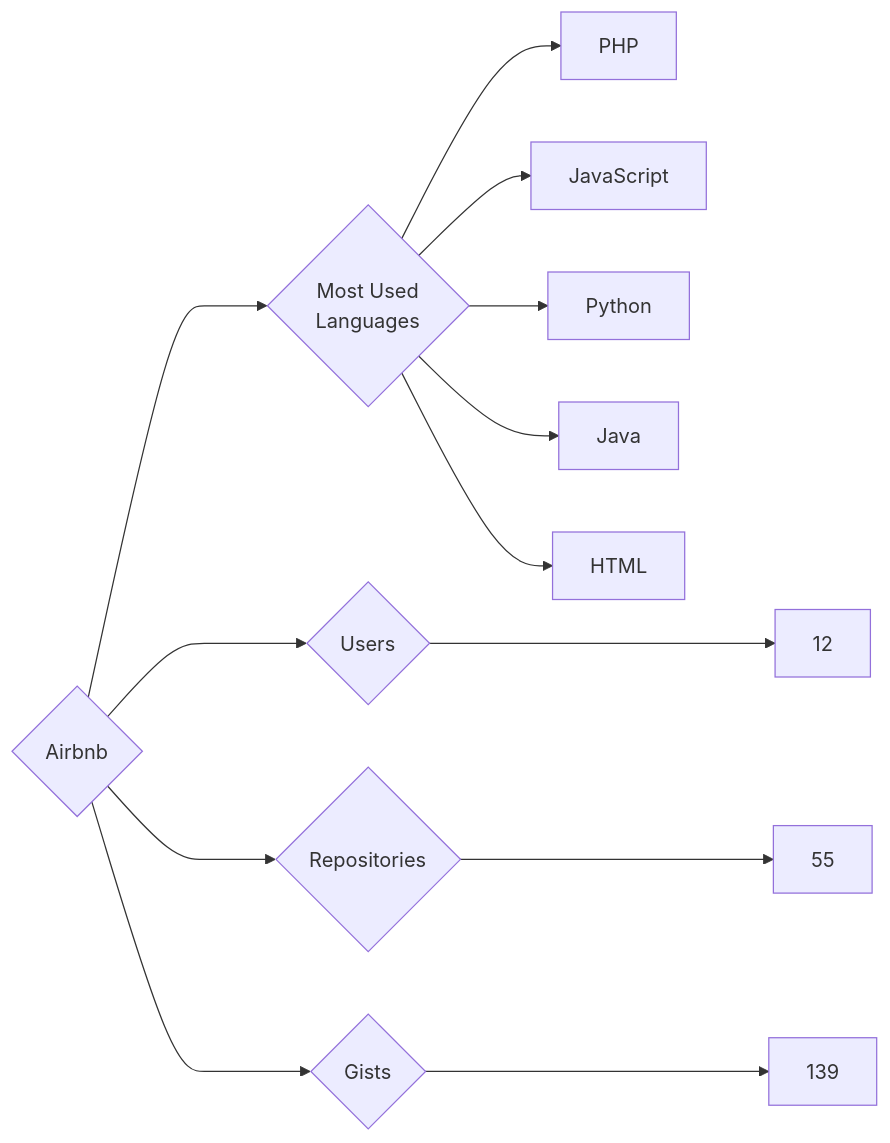
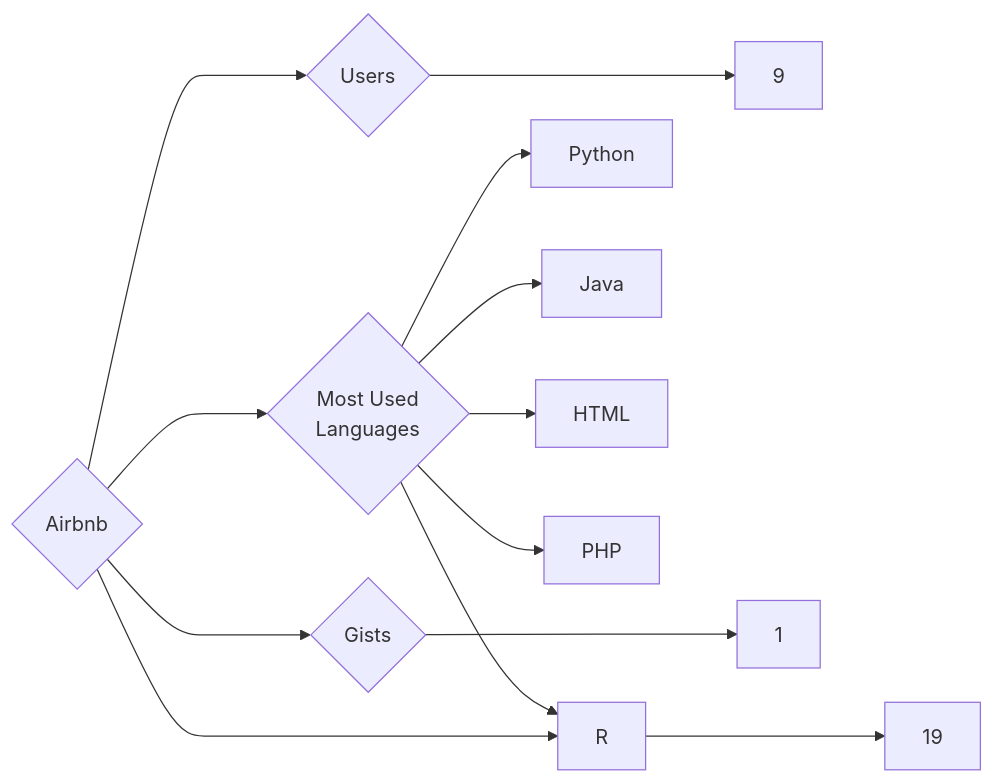
Before and after one commit to trickest/insiders: the diagram in targets/Airbnb/README.md, drawn with Mermaid. The commit also changed 880 other files, not shown here.

````diff
--- a/targets/Airbnb/README.md
+++ b/targets/Airbnb/README.md
@@ -3,13 +3,13 @@
 ```mermaid
 graph LR
 COMPANY_NAME{Airbnb}
-COMPANY_NAME ---> U{Users} ---> UN[12]
-COMPANY_NAME ---> R{Repositories} ---> RN[55]
-COMPANY_NAME ---> G{Gists} ---> GN[139]
+COMPANY_NAME ---> U{Users} ---> UN[9]
+COMPANY_NAME ---> R{Repositories} ---> RN[19]
+COMPANY_NAME ---> G{Gists} ---> GN[1]
 COMPANY_NAME ---> ML{Most Used<br>Languages}
-ML --> PHP[PHP]
-ML --> JavaScript[JavaScript]
 ML --> Python[Python]
 ML --> Java[Java]
 ML --> HTML[HTML]
+ML --> R[R]
+ML --> PHP[PHP]
 ```
````
